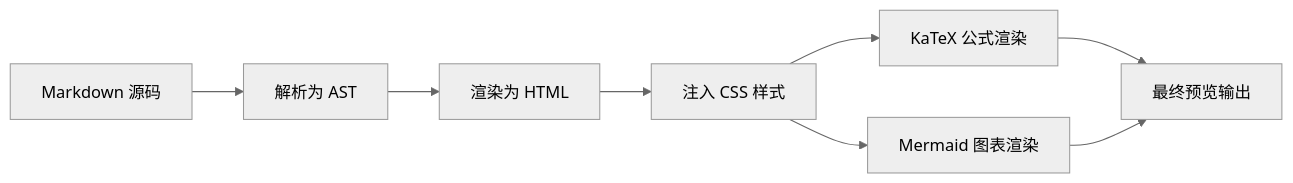
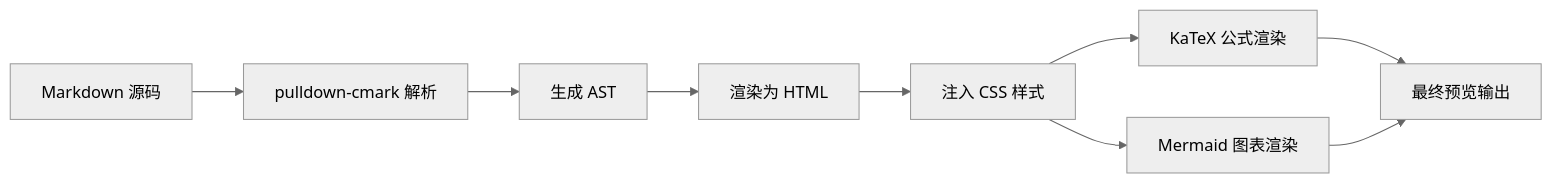
One commit to tizuio/TizuMark changed the tenth of 10 diagrams in src/demo.md. Above: the diagram before and after it, drawn with Mermaid (neutral theme). The commit also changed other lines of this file and 19 other files, not shown here.

First line of the commit message:
docs: 全面刷新文档与 README，修正 demo.md 准确性，添加 12 张命名截图

````diff
--- a/src/demo.md
+++ b/src/demo.md
@@ -715,10 +775,11 @@
 ```mermaid
 graph LR
-    A[Markdown 源码] --> B[解析为 AST]
-    B --> C[渲染为 HTML]
-    C --> D[注入 CSS 样式]
-    D --> E[KaTeX 公式渲染]
-    D --> F[Mermaid 图表渲染]
-    E --> G[最终预览输出]
-    F --> G
+    A[Markdown 源码] --> B[pulldown-cmark 解析]
+    B --> C[生成 AST]
+    C --> D[渲染为 HTML]
+    D --> E[注入 CSS 样式]
+    E --> F[KaTeX 公式渲染]
+    E --> G[Mermaid 图表渲染]
+    F --> H[最终预览输出]
+    G --> H
 ```
````
